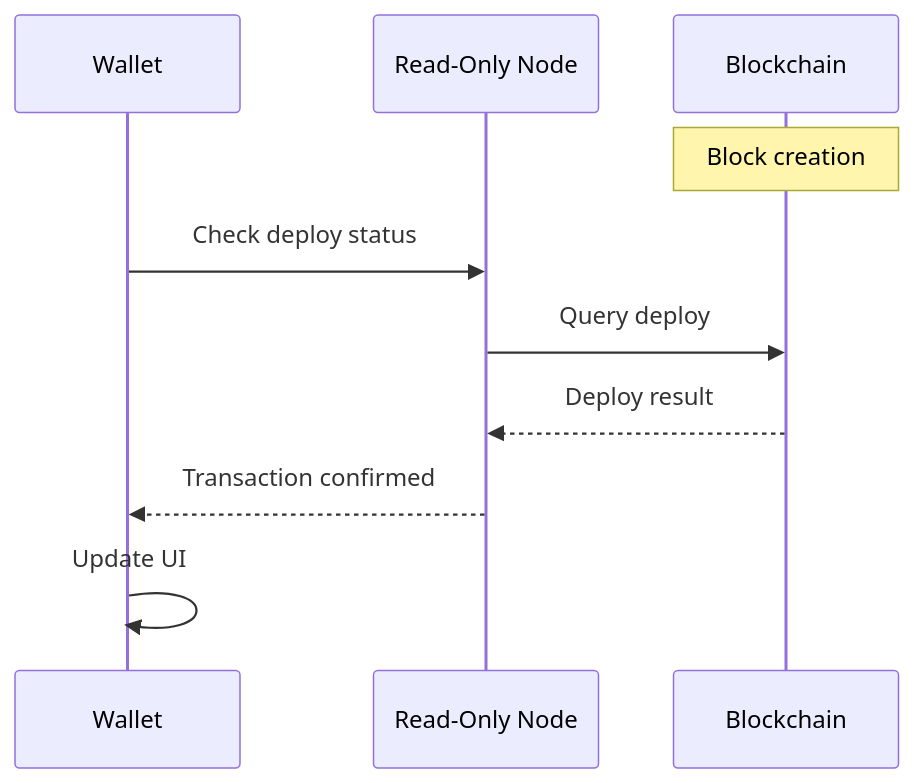
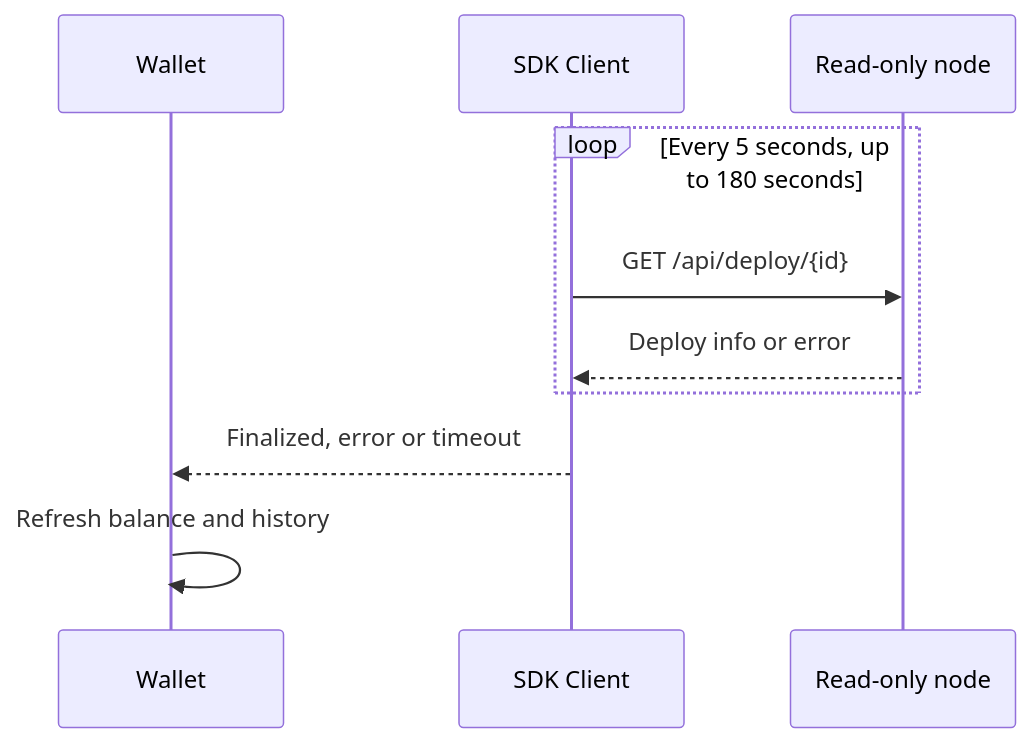
One commit to asi-alliance/asi-chain-docs-portal changed the fourth of 4 diagrams in architecture/sequence-diagrams/transaction/index.md. Above: the diagram before and after it, drawn with Mermaid. The commit also changed other lines of this file, not shown here.

Commit message:
[AS-913] Rewrite transaction flow into four phases

````diff
--- a/architecture/sequence-diagrams/transaction/index.md
+++ b/architecture/sequence-diagrams/transaction/index.md
@@ -65,15 +106,13 @@
 ```mermaid
 sequenceDiagram
     participant W as Wallet
-    participant RN as Read-Only Node
-    participant BC as Blockchain
-    
-    Note over BC: Block creation
-    
-    W->>RN: Check deploy status
-    RN->>BC: Query deploy
-    BC-->>RN: Deploy result
-    RN-->>W: Transaction confirmed
-    
-    W->>W: Update UI
+    participant SDK as SDK Client
+    participant RN as Read-only node
+
+    loop Every 5 seconds, up to 180 seconds
+        SDK->>RN: GET /api/deploy/{id}
+        RN-->>SDK: Deploy info or error
+    end
+    SDK-->>W: Finalized, error or timeout
+    W->>W: Refresh balance and history
 ```
````
